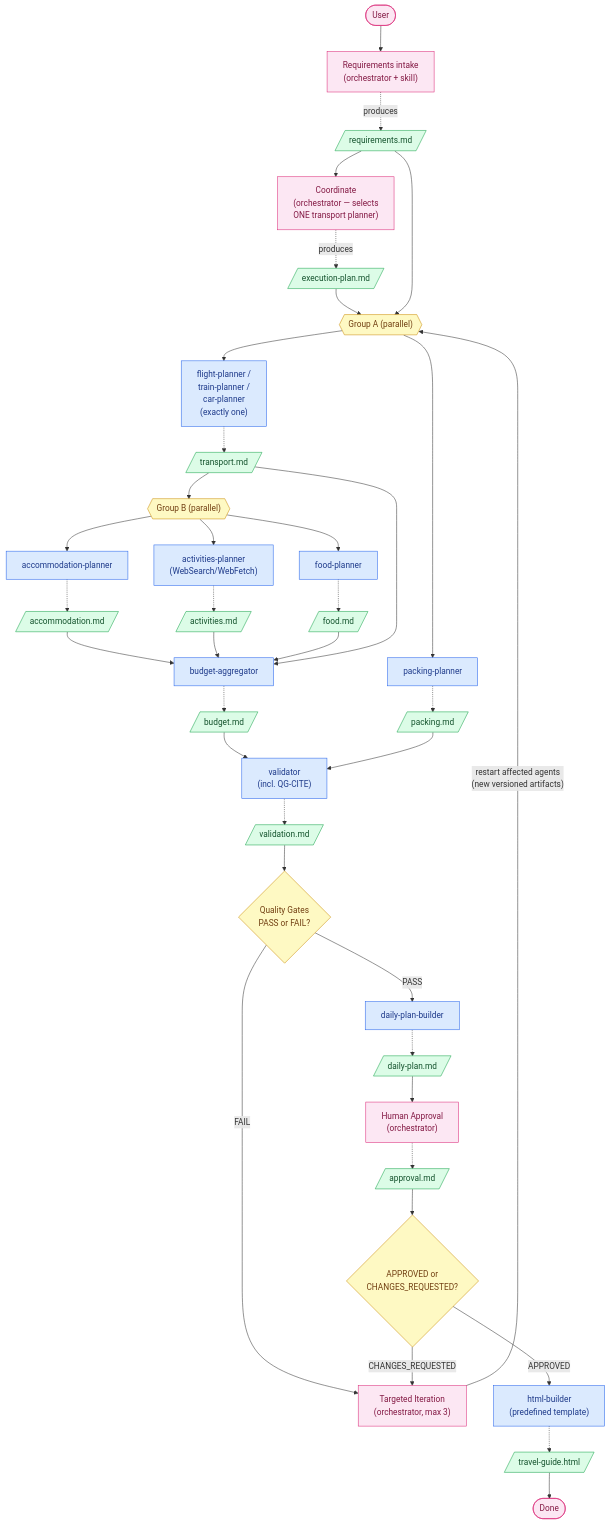
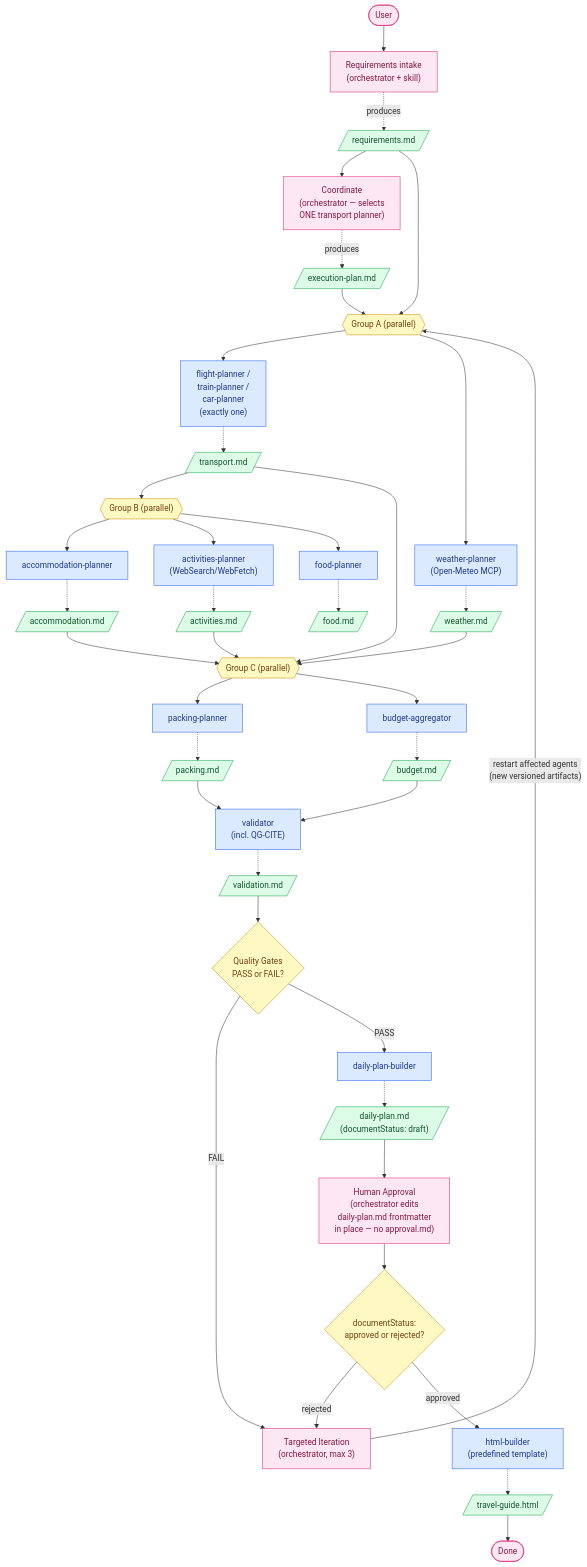
Before and after one commit to mbarycheuski/ai-travel-planner: the diagram in docs/ai-travel-planner-requirements.md, drawn with Mermaid. The commit also changed other lines of this file and 20 other files, not shown here.

````diff
--- a/docs/ai-travel-planner-requirements.md
+++ b/docs/ai-travel-planner-requirements.md
@@ -653,75 +716,78 @@
 ```mermaid
 flowchart TD
     User([User])
 
     %% Stage 1 - Requirements
     User --> ReqA["Requirements intake<br/>(orchestrator + skill)"]
     ReqA -.->|produces| req[/"requirements.md"/]
 
     %% Stage 2 - Planning
     req --> Coord["Coordinate<br/>(orchestrator — selects<br/>ONE transport planner)"]
     Coord -.->|produces| plan[/"execution-plan.md"/]
 
     %% Stage 3 - Parallel Planning
     plan --> ForkA{{"Group A (parallel)"}}
     req --> ForkA
 
     ForkA --> TransA["flight-planner /<br/>train-planner /<br/>car-planner<br/>(exactly one)"]
-    ForkA --> PackA["packing-planner"]
+    ForkA --> WeatherA["weather-planner<br/>(Open-Meteo MCP)"]
 
     TransA -.-> transport[/"transport.md"/]
-    PackA -.-> packing[/"packing.md"/]
+    WeatherA -.-> weather[/"weather.md"/]
 
     transport --> ForkB{{"Group B (parallel)"}}
     ForkB --> AccA["accommodation-planner"]
     ForkB --> ActA["activities-planner<br/>(WebSearch/WebFetch)"]
     ForkB --> FoodA["food-planner"]
 
     AccA -.-> accommodation[/"accommodation.md"/]
     ActA -.-> activities[/"activities.md"/]
     FoodA -.-> food[/"food.md"/]
 
-    accommodation --> BudA["budget-aggregator"]
-    activities --> BudA
-    food --> BudA
-    transport --> BudA
+    accommodation --> ForkC{{"Group C (parallel)"}}
+    activities --> ForkC
+    weather --> ForkC
+    transport --> ForkC
+    ForkC --> PackA["packing-planner"]
+    ForkC --> BudA["budget-aggregator"]
+
+    PackA -.-> packing[/"packing.md"/]
     BudA -.-> budget[/"budget.md"/]
 
     %% Stage 4 - Validation
     budget --> ValA["validator<br/>(incl. QG-CITE)"]
     packing --> ValA
     ValA -.-> validation[/"validation.md"/]
     validation --> Gate{"Quality Gates<br/>PASS or FAIL?"}
 
     %% Stage 5 - Targeted Iteration
     Gate -->|FAIL| Iter["Targeted Iteration<br/>(orchestrator, max 3)"]
     Iter -->|"restart affected agents<br/>(new versioned artifacts)"| ForkA
 
     %% Stage 6 - Daily Plan
     Gate -->|PASS| FinalA["daily-plan-builder"]
-    FinalA -.-> final[/"daily-plan.md"/]
+    FinalA -.-> final[/"daily-plan.md<br/>(documentStatus: draft)"/]
 
     %% Stage 7 - Human Approval
-    final --> ApprA["Human Approval<br/>(orchestrator)"]
-    ApprA -.-> approval[/"approval.md"/]
-    approval --> ApprGate{"APPROVED or<br/>CHANGES_REQUESTED?"}
+    final --> ApprA["Human Approval<br/>(orchestrator edits<br/>daily-plan.md frontmatter<br/>in place — no approval.md)"]
+    ApprA --> ApprGate{"documentStatus:<br/>approved or rejected?"}
 
-    ApprGate -->|CHANGES_REQUESTED| Iter
+    ApprGate -->|rejected| Iter
 
     %% Stage 8 - HTML Generation
-    ApprGate -->|APPROVED| HtmlA["html-builder<br/>(predefined template)"]
+    ApprGate -->|approved| HtmlA["html-builder<br/>(predefined template)"]
     HtmlA -.-> html[/"travel-guide.html"/]
     html --> Done([Done])
 
     %% Styling
     classDef agent fill:#dbeafe,stroke:#2563eb,color:#1e3a8a;
     classDef artifact fill:#dcfce7,stroke:#16a34a,color:#14532d;
     classDef gate fill:#fef9c3,stroke:#ca8a04,color:#713f12;
     classDef human fill:#fce7f3,stroke:#db2777,color:#831843;
 
-    class TransA,PackA,AccA,ActA,FoodA,BudA,ValA,FinalA,HtmlA agent;
+    class TransA,WeatherA,PackA,AccA,ActA,FoodA,BudA,ValA,FinalA,HtmlA agent;
     class ReqA,Coord,Iter human;
-    class req,plan,transport,packing,accommodation,activities,food,budget,validation,final,approval,html artifact;
-    class Gate,ApprGate,ForkA,ForkB gate;
+    class req,plan,transport,weather,packing,accommodation,activities,food,budget,validation,final,html artifact;
+    class Gate,ApprGate,ForkA,ForkB,ForkC gate;
     class User,ApprA,Done human;
 ```
````
